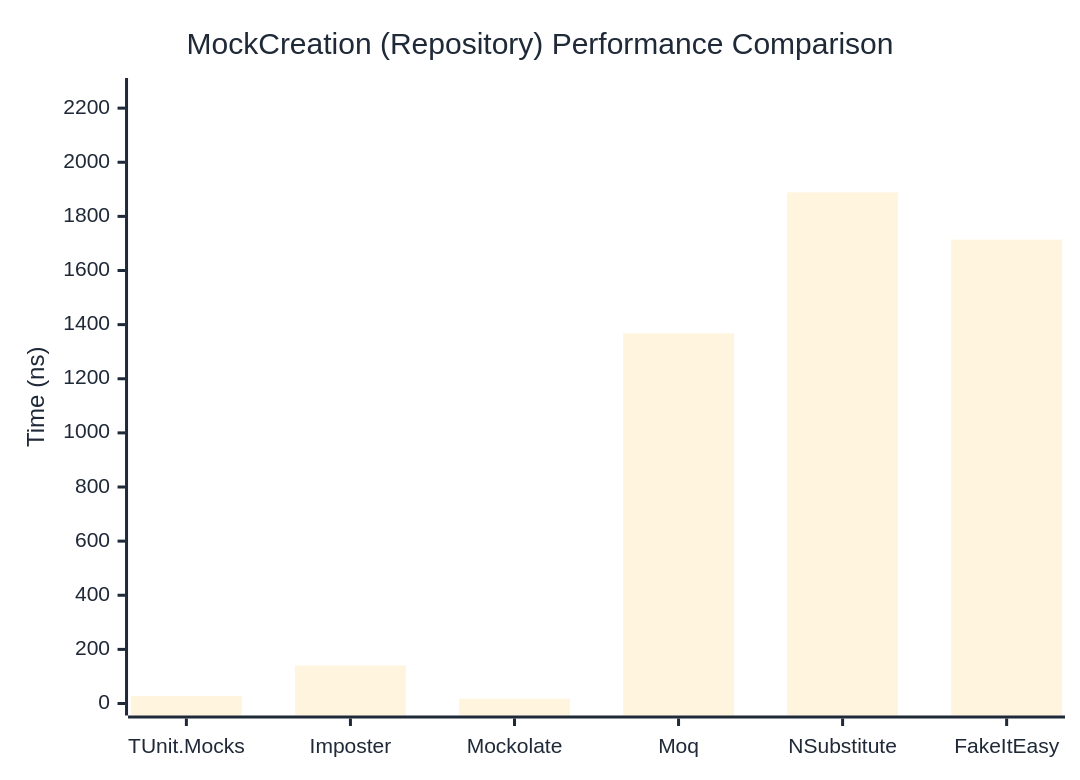
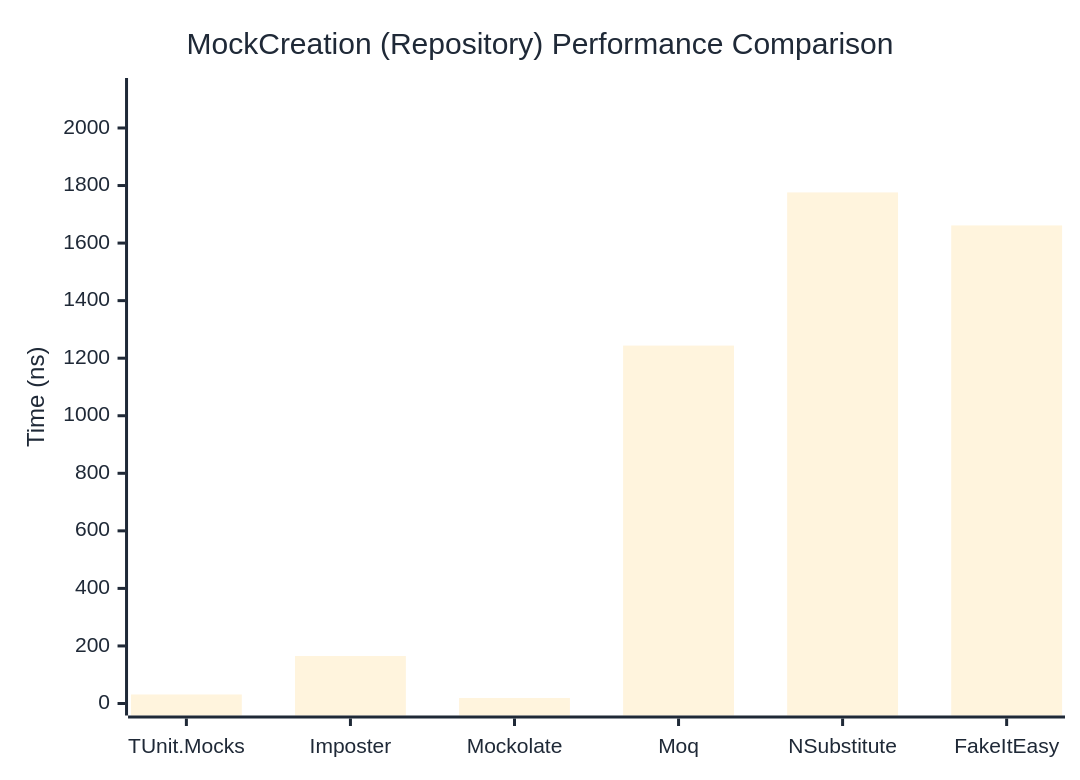
Before and after one commit to thomhurst/TUnit: the second of 2 diagrams in docs/docs/benchmarks/mocks/MockCreation.md, drawn with Mermaid. The commit also changed other lines of this file and 14 other files, not shown here.

````diff
--- a/docs/docs/benchmarks/mocks/MockCreation.md
+++ b/docs/docs/benchmarks/mocks/MockCreation.md
@@ -71,27 +71,27 @@
 ```mermaid
 %%{init: {
   'theme':'base',
   'themeVariables': {
     'primaryColor': '#2563eb',
     'primaryTextColor': '#1f2937',
     'primaryBorderColor': '#1e40af',
     'lineColor': '#6b7280',
     'secondaryColor': '#7c3aed',
     'tertiaryColor': '#dc2626',
     'background': '#ffffff',
     'pie1': '#2563eb',
     'pie2': '#7c3aed',
     'pie3': '#dc2626',
     'pie4': '#f59e0b',
     'pie5': '#10b981',
     'pie6': '#06b6d4',
     'pie7': '#ec4899',
     'pie8': '#6366f1'
   }
 }}%%
 xychart-beta
   title "MockCreation (Repository) Performance Comparison"
   x-axis ["TUnit.Mocks", "Imposter", "Mockolate", "Moq", "NSubstitute", "FakeItEasy"]
-  y-axis "Time (ns)" 0 --> 2267
-  bar [27.1, 140.3, 17.6, 1368.28, 1888.8, 1714.2]
+  y-axis "Time (ns)" 0 --> 2132
+  bar [31.33, 165, 19.18, 1243.83, 1776.11, 1661.37]
 ```
````
